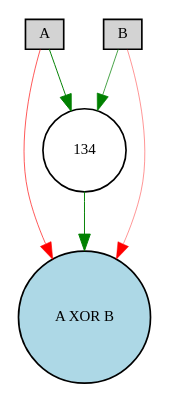
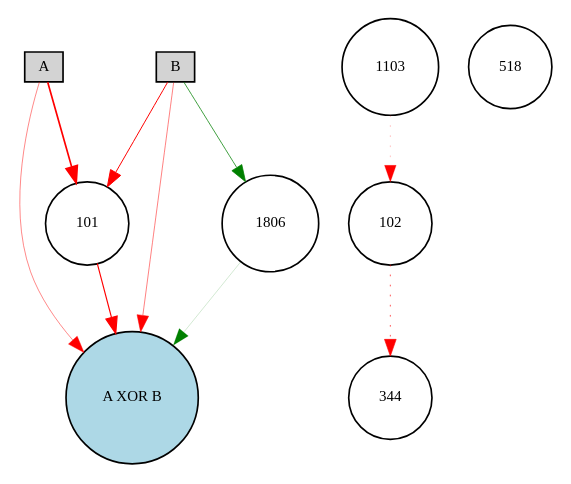
Before and after one commit to ChileWang0228/DeepLearningTutorial: the diagram in Neat/Digraph.gv, drawn with Graphviz. The commit also changed 24 other files, not shown here.

```diff
--- a/Neat/Digraph.gv
+++ b/Neat/Digraph.gv
@@ -1,12 +1,21 @@
 digraph {
 	node [fontsize=9 height=0.2 shape=circle width=0.2]
 	A [fillcolor=lightgray shape=box style=filled]
 	B [fillcolor=lightgray shape=box style=filled]
 	"A XOR B" [fillcolor=lightblue style=filled]
-	134 [fillcolor=white style=filled]
-	A -> 134 [color=green penwidth=0.5945793697429914 style=solid]
-	B -> 134 [color=green penwidth=0.4265904310312405 style=solid]
-	134 -> "A XOR B" [color=green penwidth=0.5810185362897764 style=solid]
-	B -> "A XOR B" [color=red penwidth=0.2471824315787933 style=solid]
-	A -> "A XOR B" [color=red penwidth=0.3866448266729966 style=solid]
+	101 [fillcolor=white style=filled]
+	102 [fillcolor=white style=filled]
+	518 [fillcolor=white style=filled]
+	1806 [fillcolor=white style=filled]
+	1103 [fillcolor=white style=filled]
+	344 [fillcolor=white style=filled]
+	A -> 101 [color=red penwidth=1.014475964605062 style=solid]
+	B -> 101 [color=red penwidth=0.6039459171968576 style=solid]
+	101 -> "A XOR B" [color=red penwidth=0.684020074349466 style=solid]
+	102 -> 344 [color=red penwidth=0.39568527424792477 style=dotted]
+	1103 -> 102 [color=red penwidth=0.1543632724567388 style=dotted]
+	B -> "A XOR B" [color=red penwidth=0.29503754516838065 style=solid]
+	B -> 1806 [color=green penwidth=0.45344458118601894 style=solid]
+	1806 -> "A XOR B" [color=green penwidth=0.1072748034717091 style=solid]
+	A -> "A XOR B" [color=red penwidth=0.2789419808374101 style=solid]
 }
```
